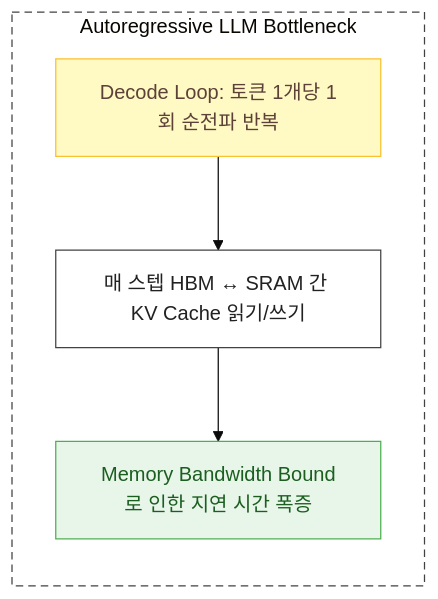
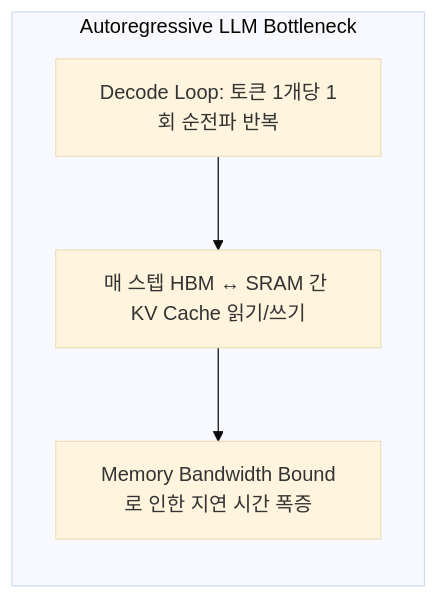
The first of 3 diagrams in docs/agent/jev의 등장으로 살펴본 기존 LLM 방식의 구체적인 과정과 jev와의 차이점.md (djpibo/djpibo.github.io), drawn with Mermaid (base theme) before and after one commit. The commit also changed other lines of this file and 8 other files, not shown here.

Commit message:
style(mermaid): unify all diagrams to monochrome and remove colored rect boxes

````diff
--- a/docs/agent/jev의 등장으로 살펴본 기존 LLM 방식의 구체적인 과정과 jev와의 차이점.md
+++ b/docs/agent/jev의 등장으로 살펴본 기존 LLM 방식의 구체적인 과정과 jev와의 차이점.md
@@ -348,15 +348,10 @@
 ```mermaid
 flowchart LR
     subgraph AR_BOTTLENECK ["Autoregressive LLM Bottleneck"]
-        style AR_BOTTLENECK stroke:#424242,stroke-dasharray: 6 4,fill:none
-        P_LOOP["Decode Loop: 토큰 1개당 1회 순전파 반복"]:::processNode
-        P_MEM["매 스텝 HBM ↔ SRAM 간 KV Cache 읽기/쓰기"]:::coreNode
-        P_LATENCY["Memory Bandwidth Bound로 인한 지연 시간 폭증"]:::dbNode
+        P_LOOP["Decode Loop: 토큰 1개당 1회 순전파 반복"]
+        P_MEM["매 스텝 HBM ↔ SRAM 간 KV Cache 읽기/쓰기"]
+        P_LATENCY["Memory Bandwidth Bound로 인한 지연 시간 폭증"]
     end
 
     P_LOOP --> P_MEM --> P_LATENCY
-
-    classDef coreNode fill:#FFFFFF,stroke:#424242,color:#212121;
-    classDef processNode fill:#FFF9C4,stroke:#FBC02D,color:#5D4037;
-    classDef dbNode fill:#E8F5E9,stroke:#4CAF50,color:#1B5E20;
 ```
````
